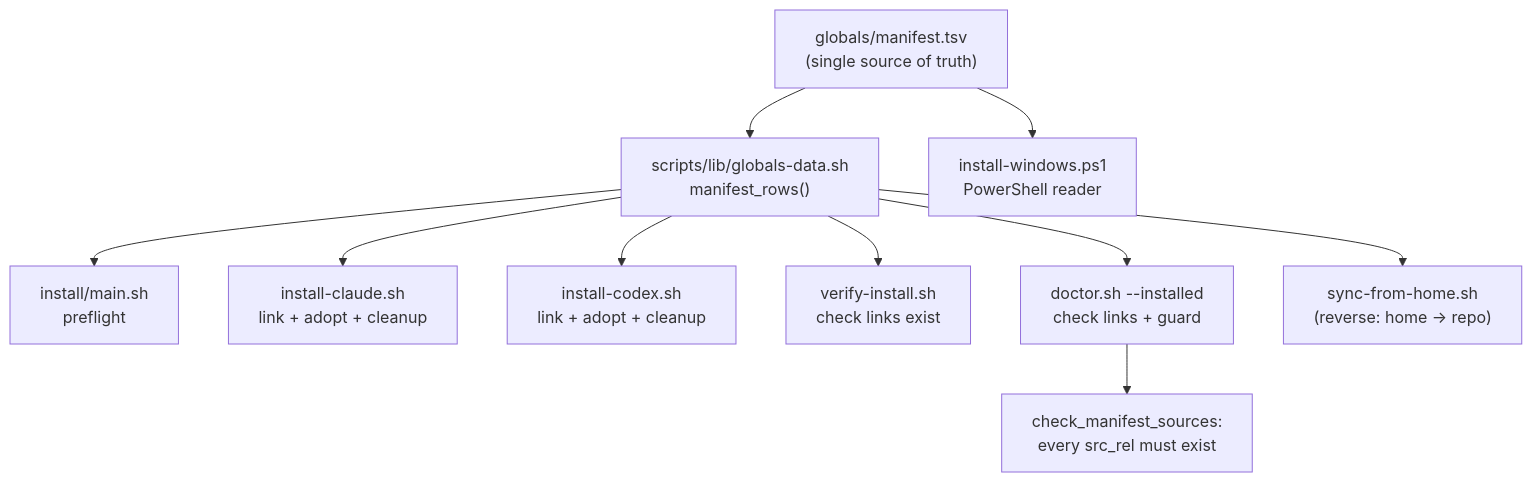
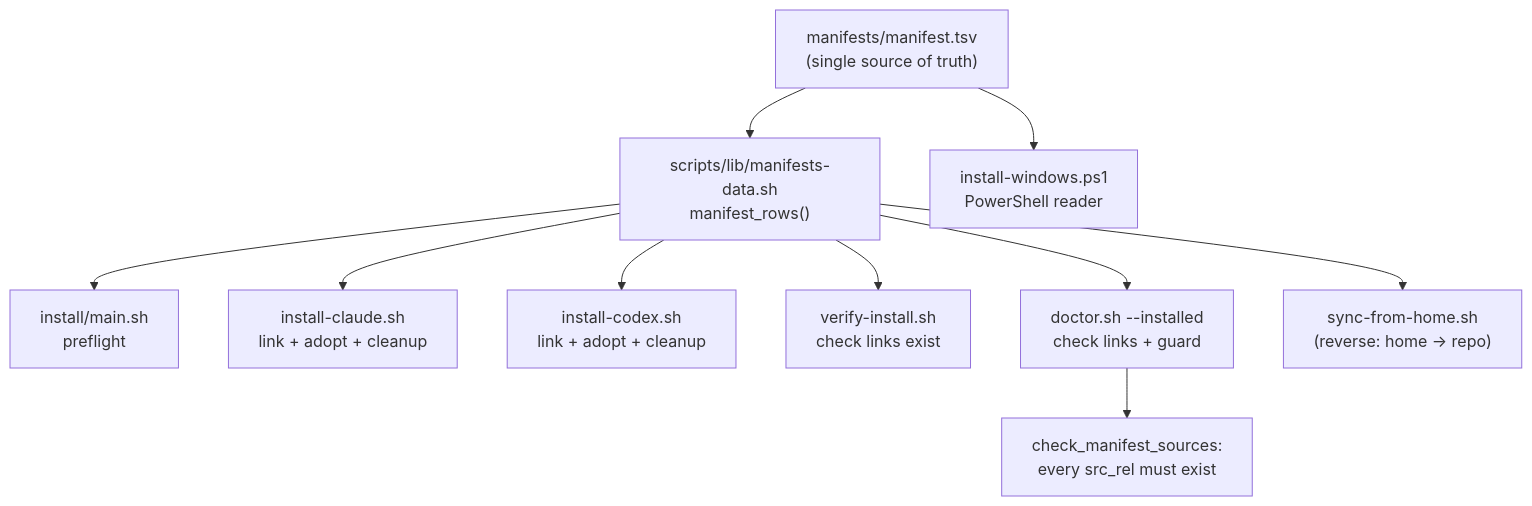
The second of 4 diagrams in docs/architecture/manifest-and-symlinks.md (kirinmurphy/agent_harness_configs), drawn with Mermaid before and after one commit. The commit also changed other lines of this file and 33 other files, not shown here.

````diff
--- a/docs/architecture/manifest-and-symlinks.md
+++ b/docs/architecture/manifest-and-symlinks.md
@@ -85,16 +85,16 @@
 ```mermaid
 flowchart TD
-  tsv["globals/manifest.tsv<br/>(single source of truth)"]
-  reader["scripts/lib/globals-data.sh<br/>manifest_rows()"]
+  tsv["manifests/manifest.tsv<br/>(single source of truth)"]
+  reader["scripts/lib/manifests-data.sh<br/>manifest_rows()"]
   tsv --> reader
 
   reader --> main["install/main.sh<br/>preflight"]
   reader --> ic["install-claude.sh<br/>link + adopt + cleanup"]
   reader --> icx["install-codex.sh<br/>link + adopt + cleanup"]
   reader --> verify["verify-install.sh<br/>check links exist"]
   reader --> doctor["doctor.sh --installed<br/>check links + guard"]
   reader --> sync["sync-from-home.sh<br/>(reverse: home → repo)"]
   tsv --> win["install-windows.ps1<br/>PowerShell reader"]
 
   doctor --> guard["check_manifest_sources:<br/>every src_rel must exist"]
 ```
````
